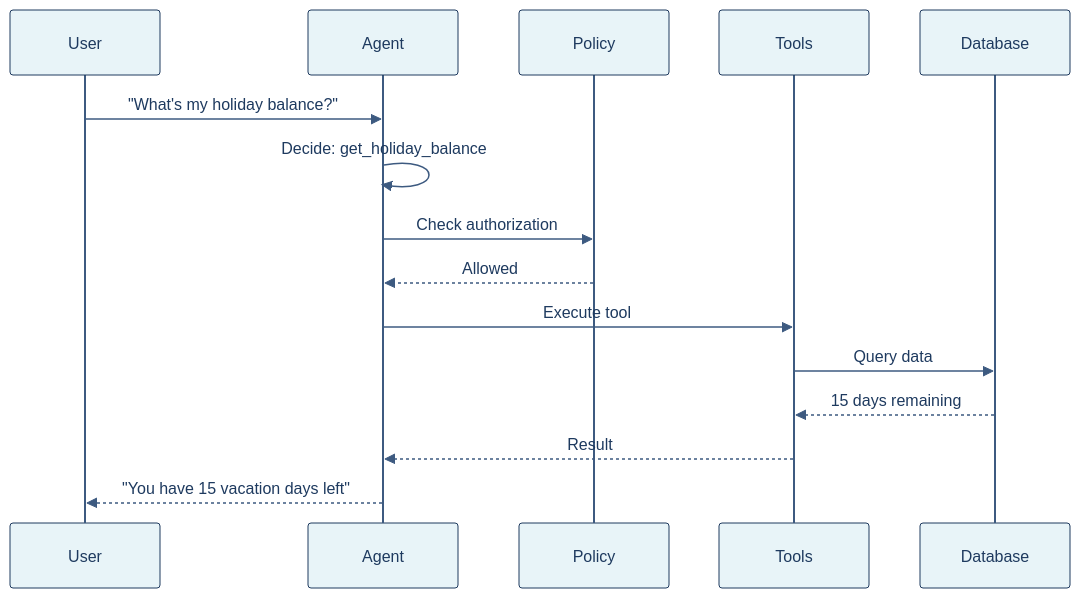
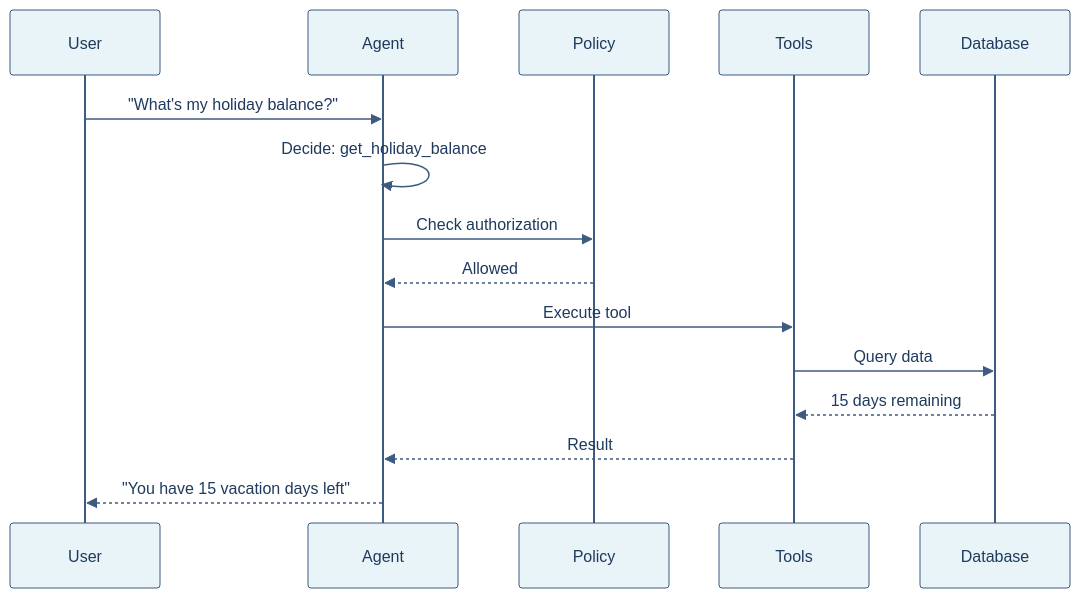
The second of 3 diagrams in README.md (ruthvik-jeev/hr-agent), drawn with Mermaid before and after one commit. The commit also changed other lines of this file and 2 other files, not shown here.

First line of the commit message:
fix: use light backgrounds for all diagram nodes and improve contrast

````diff
--- a/README.md
+++ b/README.md
@@ -93,20 +93,20 @@
 ```mermaid
-%%{init: {'theme': 'base', 'themeVariables': { 'primaryColor': '#e8f4f8', 'primaryTextColor': '#1e3a5f', 'lineColor': '#3d5a80', 'actorBkg': '#e8f4f8', 'actorBorder': '#1e3a5f', 'actorTextColor': '#1e3a5f', 'actorLineColor': '#3d5a80', 'signalColor': '#3d5a80', 'signalTextColor': '#1e3a5f', 'labelTextColor': '#1e3a5f', 'noteTextColor': '#1e3a5f', 'noteBkgColor': '#f7f9fc', 'noteBorderColor': '#3d5a80'}}}%%
+%%{init: {'theme': 'base', 'themeVariables': { 'primaryColor': '#e8f4f8', 'primaryTextColor': '#1e3a5f', 'primaryBorderColor': '#3d5a80', 'lineColor': '#3d5a80', 'actorBkg': '#e8f4f8', 'actorBorder': '#3d5a80', 'actorTextColor': '#1e3a5f', 'actorLineColor': '#3d5a80', 'signalColor': '#3d5a80', 'signalTextColor': '#1e3a5f', 'labelTextColor': '#1e3a5f', 'noteTextColor': '#1e3a5f', 'noteBkgColor': '#f7f9fc', 'noteBorderColor': '#3d5a80'}}}%%
 
 sequenceDiagram
     participant U as User
     participant A as Agent
     participant P as Policy
     participant T as Tools
     participant D as Database
 
     U->>A: "What's my holiday balance?"
     A->>A: Decide: get_holiday_balance
     A->>P: Check authorization
     P-->>A: Allowed
     A->>T: Execute tool
     T->>D: Query data
     D-->>T: 15 days remaining
     T-->>A: Result
     A-->>U: "You have 15 vacation days left"
 ```
````
